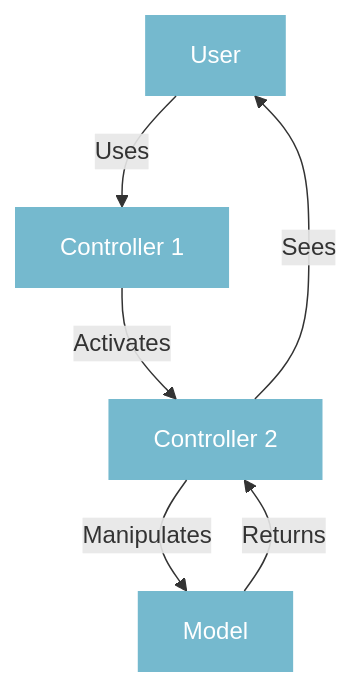
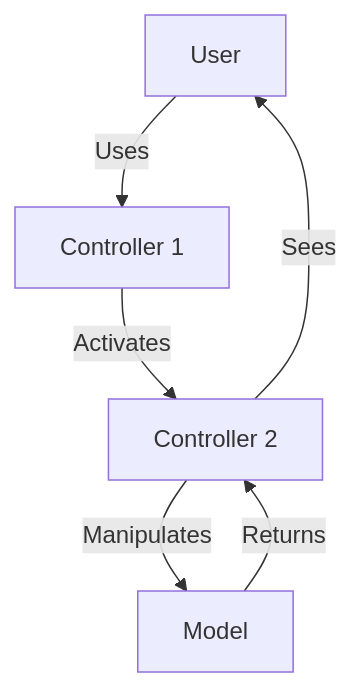
One commit to JerBouma/jerbouma.github.io changed the third of 9 diagrams in _pages/coding/structuring-your-model.md. Above: the diagram before and after it, drawn with Mermaid. The commit also changed other lines of this file and 90 other files, not shown here.

```diff
--- a/_pages/coding/structuring-your-model.md
+++ b/_pages/coding/structuring-your-model.md
@@ -55,9 +40,8 @@
 <div class="mermaid">
 flowchart TB;
-classDef boxfont fill:#3b9cba,stroke-width:0px,fill-opacity:0.7,color:white,radius:20px;
-Step0["User"] -- Uses -->  Step1["Controller"]:::boxfont
-Step1["Controller 1"] -- Activates --> Step2["Controller 2"]:::boxfont
-Step2["Controller 2"] -- Manipulates --> Step3["Model"]:::boxfont
-Step3["Model"] -- Returns --> Step2["Controller 2"]:::boxfont
-Step2["Controller 2"] -- Sees --> Step0["User"]:::boxfont
+Step0["User"] -- Uses -->  Step1["Controller"]
+Step1["Controller 1"] -- Activates --> Step2["Controller 2"]
+Step2["Controller 2"] -- Manipulates --> Step3["Model"]
+Step3["Model"] -- Returns --> Step2["Controller 2"]
+Step2["Controller 2"] -- Sees --> Step0["User"]
 </div>
```
